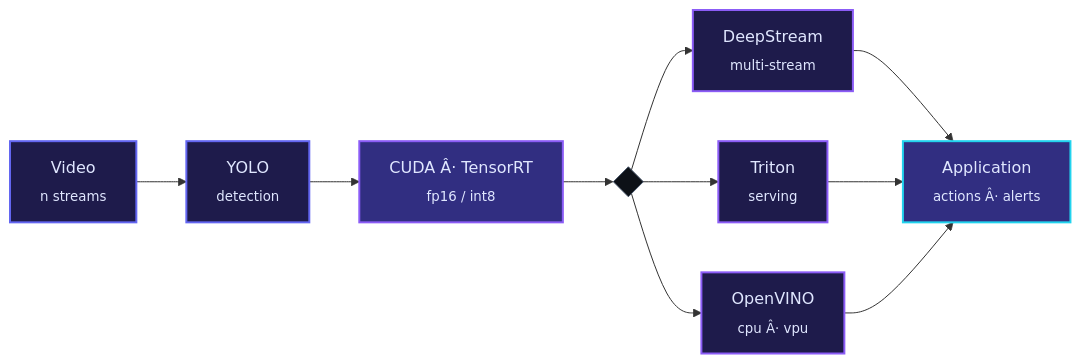
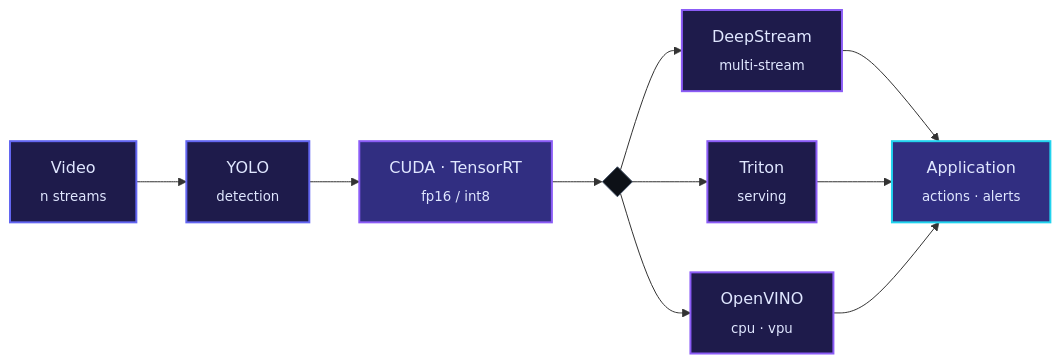
One commit to rugvedjalit/rugvedjalit changed the diagram in README.md. Above: the diagram before and after it, drawn with Mermaid. The commit also changed other lines of this file, not shown here.

````diff
--- a/README.md
+++ b/README.md
@@ -182,21 +182,21 @@
 ```mermaid
 flowchart LR
     A["Video<br/><sub>n streams</sub>"] --> B["YOLO<br/><sub>detection</sub>"]
-    B --> C["CUDA Â· TensorRT<br/><sub>fp16 / int8</sub>"]
+    B --> C["CUDA · TensorRT<br/><sub>fp16 / int8</sub>"]
     C --> D{" "}
     D --> E["DeepStream<br/><sub>multi-stream</sub>"]
     D --> F["Triton<br/><sub>serving</sub>"]
-    D --> G["OpenVINO<br/><sub>cpu Â· vpu</sub>"]
-    E --> H["Application<br/><sub>actions Â· alerts</sub>"]
+    D --> G["OpenVINO<br/><sub>cpu · vpu</sub>"]
+    E --> H["Application<br/><sub>actions · alerts</sub>"]
     F --> H
     G --> H
 
     style A fill:#1E1B4B,stroke:#6366F1,stroke-width:2px,color:#E0E7FF
     style B fill:#1E1B4B,stroke:#6366F1,stroke-width:2px,color:#E0E7FF
     style C fill:#312E81,stroke:#8B5CF6,stroke-width:2px,color:#E0E7FF
     style D fill:#0D1117,stroke:#475569,stroke-width:1px,color:#94A3B8
     style E fill:#1E1B4B,stroke:#8B5CF6,stroke-width:2px,color:#E0E7FF
     style F fill:#1E1B4B,stroke:#8B5CF6,stroke-width:2px,color:#E0E7FF
     style G fill:#1E1B4B,stroke:#8B5CF6,stroke-width:2px,color:#E0E7FF
     style H fill:#312E81,stroke:#22D3EE,stroke-width:2px,color:#E0E7FF
 ```
````
